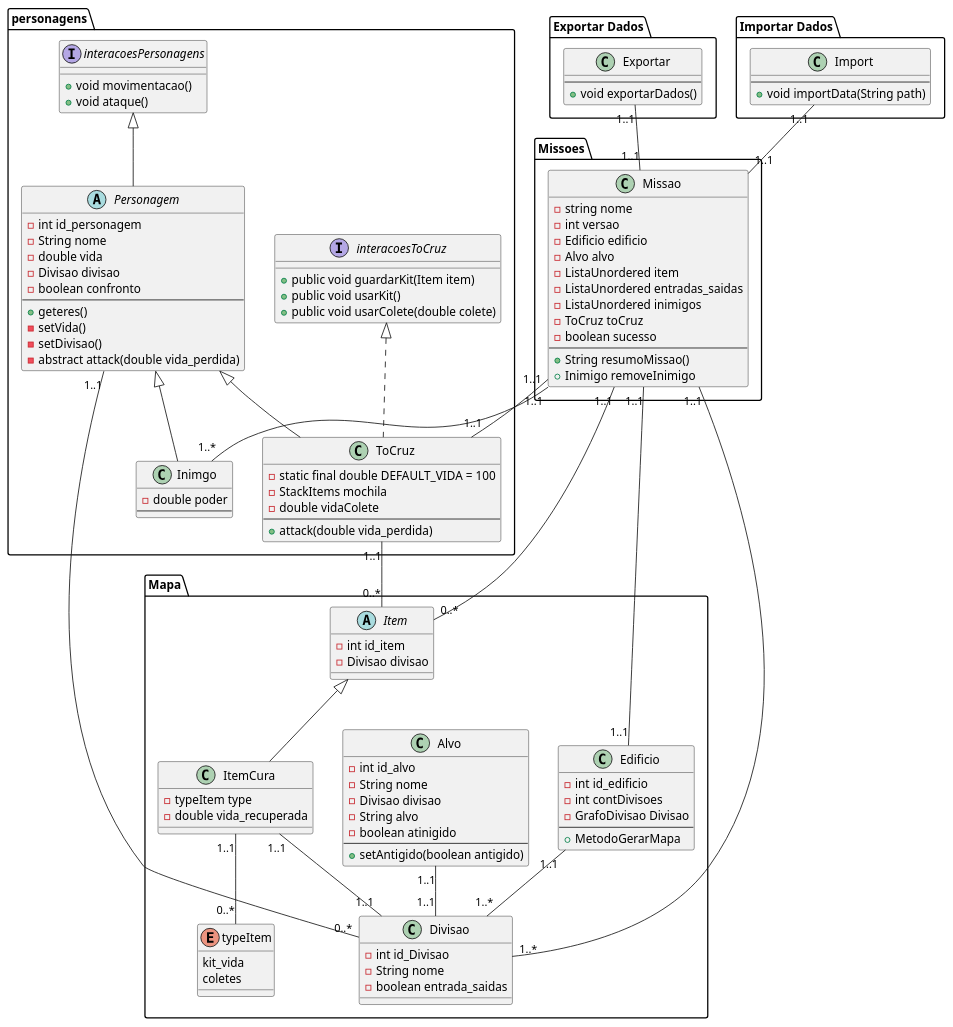
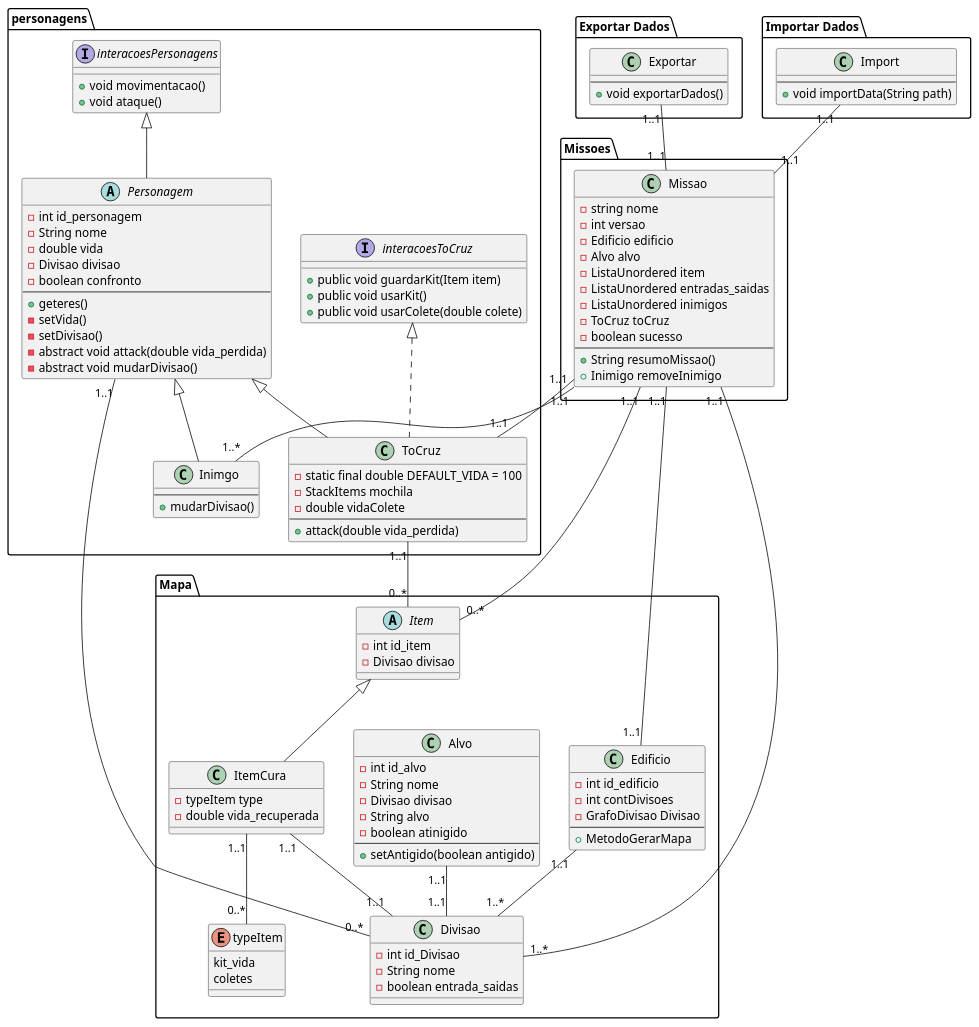
One commit to Arturito2005/TrabalhoGrupoED_ToCruz changed the diagram in Digaramas/DiagramaClasses/DiagramaClasses.plantuml. Above: the diagram before and after it, drawn with PlantUML.

Commit message:
Commit update diagrama classes

```diff
--- a/Digaramas/DiagramaClasses/DiagramaClasses.plantuml
+++ b/Digaramas/DiagramaClasses/DiagramaClasses.plantuml
@@ -1,168 +1,171 @@
 @startuml DiagramaClassesToCruz
 
 package "Mapa" {
     /'
     Provavelmente é preciso remover este boolean
     '/
     class Divisao {
         - int id_Divisao
         - String nome
         - boolean entrada_saidas
     }
 
     /'
     As Divisao do edifio vão ser um grafo
     o grafo é construido quando e feita a importação dos dados
     '/
     class Edificio {
         - int id_edificio
         - int contDivisoes
         - GrafoDivisao Divisao
         --
         + MetodoGerarMapa
     }
 
     Edificio "1..1" -- "1..*" Divisao
     /'
     Talvez meter o type como uma String se sim remover typeAlvo acima
     
     O boolean antigido representa se o objeto já foi coletado ou não pelo 
     ToCruz
     '/
     class Alvo {
         - int id_alvo
         - String nome
         - Divisao divisao
         - String alvo
         - boolean atinigido
         --
         + setAntigido(boolean antigido)
     }
 
     enum typeItem {
         kit_vida
         coletes
     }
 
     /'Se houver diferente entre o que cada item fornce,
     criar hierarquia'/
     abstract class Item {
         - int id_item
         - Divisao divisao
     }
 
     class ItemCura extends Item{
         - typeItem type
         - double vida_recuperada
     }
 
 
     Alvo "1..1" -- "1..1" Divisao
     ItemCura "1..1" -- "1..1" Divisao
     ItemCura "1..1" -- "0..*" typeItem
 }
 
 package "personagens" {
     
     /'Não daria para meter o To Cruz e o inimigo como uma enum,
     mas só fazer se nã achar mais campos para o inimigo e para o To Cruz'/
     interface interacoesPersonagens {
         + void movimentacao()
         + void ataque()
     }
     
     abstract class Personagem extends interacoesPersonagens {
         - int id_personagem
         - String nome
         - double vida
         - Divisao divisao
         - boolean confronto
         --
         + geteres()
         - setVida()
         - setDivisao()
-        - abstract attack(double vida_perdida)
+        - abstract void attack(double vida_perdida)
+        - abstract void mudarDivisao()
     }
 
     interface interacoesToCruz {
         + public void guardarKit(Item item)        
         + public void usarKit()
         + public void usarColete(double colete)
     }
 
     /'
     A Stack guarda apenas os kitVida
     A double vidaColete em principio não é necessário.
     O ToCruz não tem a variavel poder, porque ele vai dar sempre
     instaKill
     '/
     class ToCruz extends Personagem implements interacoesToCruz {
         - static final double DEFAULT_VIDA = 100
         - StackItems mochila
         - double vidaColete
         --
         + attack(double vida_perdida)
     }
 
+    /'O mudarDivisao vai definir a nova divisao do 
+    inimigo e depois chama o set para o mover'/
     class Inimgo extends Personagem {
-        - double poder
         --
+        + mudarDivisao()
     }
 
     Personagem "1..1" -- "0..*" Divisao
     ToCruz "1..1" -- "0..*" Item
 }
 
 package "Missoes" {
 
     /'
     O item é uma LinkedList ou um array
     As entras também podem ser LinkedList ou Stacks 
 
     Estes campos também podem ser Listas (que pode ser melhor)
 
     No construtor o ToCruz não é mandado no 
     '/
     class Missao {
         - string nome
         - int versao
         - Edificio edificio
         - Alvo alvo
         - ListaUnordered item
         - ListaUnordered entradas_saidas
         - ListaUnordered inimigos
         - ToCruz toCruz
         - boolean sucesso
         --
         + String resumoMissao()
         + Inimigo removeInimigo
     }
 
     Missao "1..1" -- "0..*" Item
     Missao "1..1" -- "1..1" Edificio
     Missao "1..1" -- "1..*" Divisao
     Missao "1..1" -- "1..*" Inimgo
     Missao "1..1" -- "1..1" ToCruz
 }
 
 package "Importar Dados" {
 
     class Import {
         --
         + void importData(String path)
     }
 
     Import "1..1" -- "1..1" Missao
 }
 
 package "Exportar Dados" {
 
     class Exportar {
         --
         + void exportarDados()
     }
 
     Exportar "1..1" -- "1..1" Missao
 }
 
 @enduml
```
